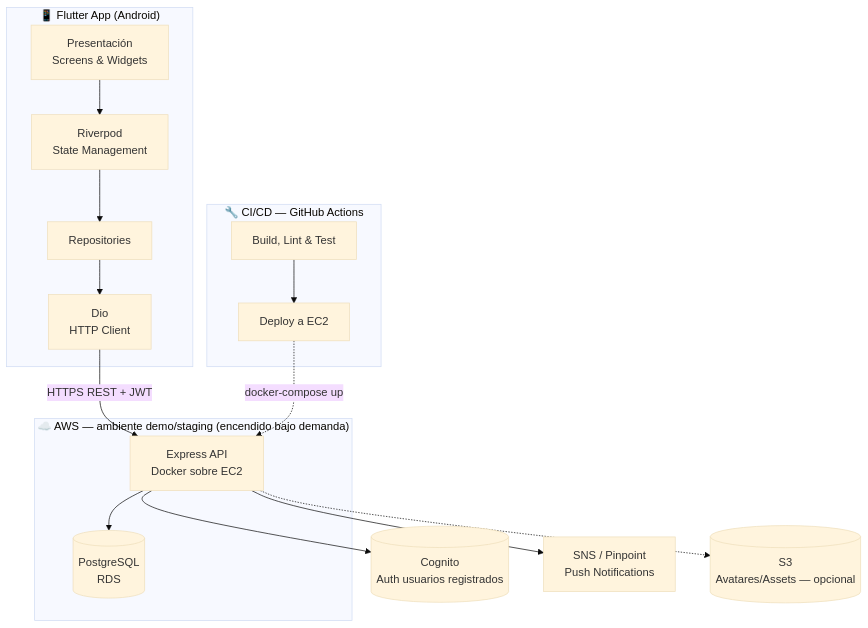
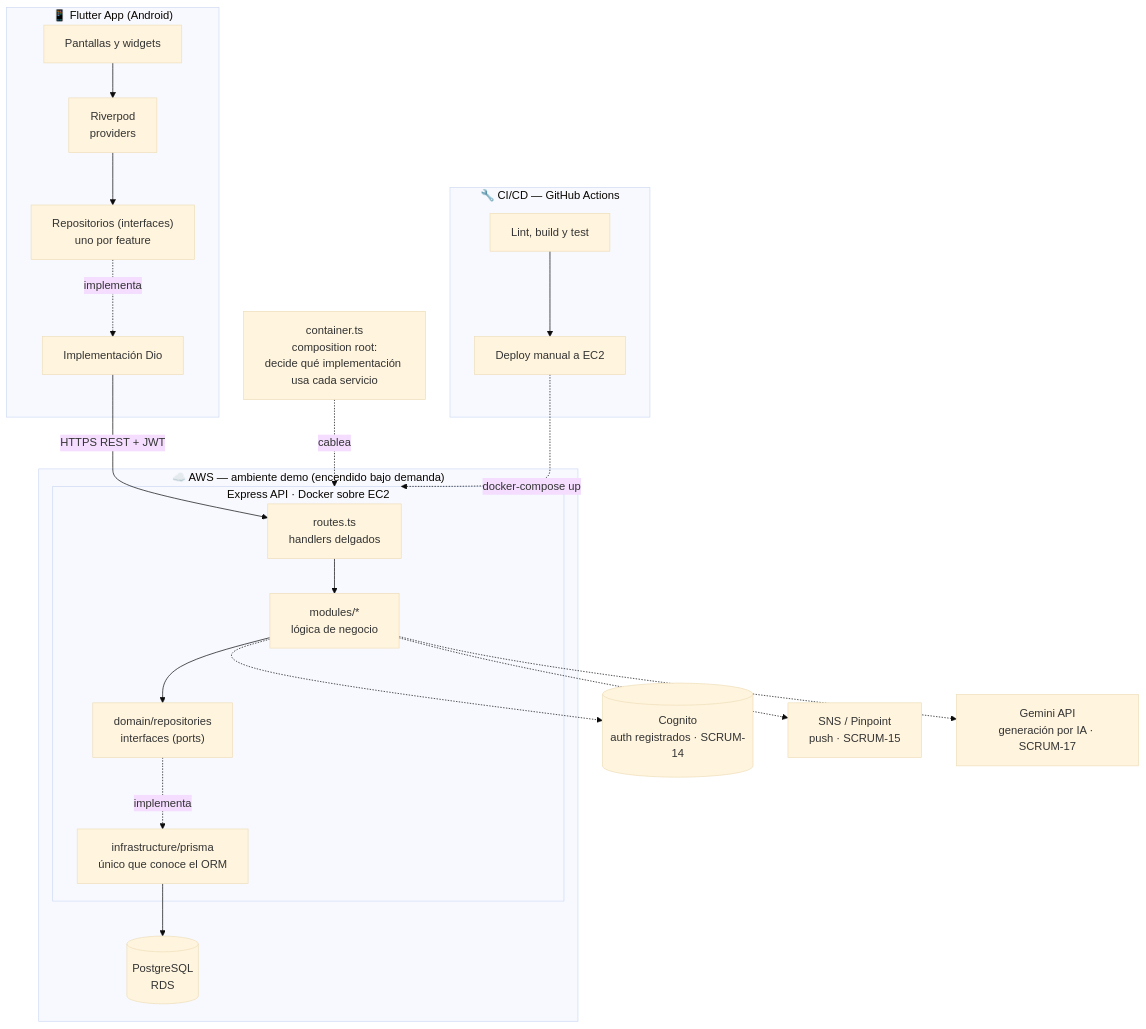
Before and after one commit to JuliIglesias/planify: the first of 2 diagrams in docs/01-plan-de-ejecucion.md, drawn with Mermaid (base theme). The commit also changed other lines of this file and 2 other files, not shown here.

````diff
--- a/docs/01-plan-de-ejecucion.md
+++ b/docs/01-plan-de-ejecucion.md
@@ -40,32 +51,43 @@
 ```mermaid
 flowchart TB
     subgraph Mobile["📱 Flutter App (Android)"]
-        UI[Presentación<br/>Screens & Widgets]
-        STATE[Riverpod<br/>State Management]
-        REPO[Repositories]
-        NET[Dio<br/>HTTP Client]
-        UI --> STATE --> REPO --> NET
+        UI[Pantallas y widgets]
+        STATE[Riverpod<br/>providers]
+        IREPO["Repositorios (interfaces)<br/>uno por feature"]
+        DIOIMPL[Implementación Dio]
+        UI --> STATE --> IREPO
+        IREPO -.implementa.-> DIOIMPL
     end
 
-    subgraph AWSENV["☁️ AWS — ambiente demo/staging (encendido bajo demanda)"]
-        API[Express API<br/>Docker sobre EC2]
+    subgraph AWSENV["☁️ AWS — ambiente demo (encendido bajo demanda)"]
+        subgraph BACKEND["Express API · Docker sobre EC2"]
+            ROUTES[routes.ts<br/>handlers delgados]
+            SERVICES["modules/*<br/>lógica de negocio"]
+            IPORTS["domain/repositories<br/>interfaces (ports)"]
+            PRISMAIMPL["infrastructure/prisma<br/>único que conoce el ORM"]
+            ROUTES --> SERVICES --> IPORTS
+            IPORTS -.implementa.-> PRISMAIMPL
+        end
         DB[(PostgreSQL<br/>RDS)]
-        API --> DB
+        PRISMAIMPL --> DB
     end
 
-    COGNITO[(Cognito<br/>Auth usuarios registrados)]
-    SNS[SNS / Pinpoint<br/>Push Notifications]
-    S3[(S3<br/>Avatares/Assets — opcional)]
+    CONTAINER["container.ts<br/>composition root:<br/>decide qué implementación usa cada servicio"]
+    CONTAINER -.cablea.-> BACKEND
 
-    NET -->|HTTPS REST + JWT| API
-    API --> COGNITO
-    API --> SNS
-    API -.-> S3
+    COGNITO[(Cognito<br/>auth registrados · SCRUM-14)]
+    SNS[SNS / Pinpoint<br/>push · SCRUM-15]
+    GEMINI[Gemini API<br/>generación por IA · SCRUM-17]
+
+    DIOIMPL -->|HTTPS REST + JWT| ROUTES
+    SERVICES -.-> COGNITO
+    SERVICES -.-> SNS
+    SERVICES -.-> GEMINI
 
     subgraph CICD["🔧 CI/CD — GitHub Actions"]
-        BUILD[Build, Lint & Test]
-        DEPLOY[Deploy a EC2]
+        BUILD[Lint, build y test]
+        DEPLOY[Deploy manual a EC2]
         BUILD --> DEPLOY
     end
-    DEPLOY -.->|docker-compose up| API
+    DEPLOY -.->|docker-compose up| BACKEND
 ```
````
